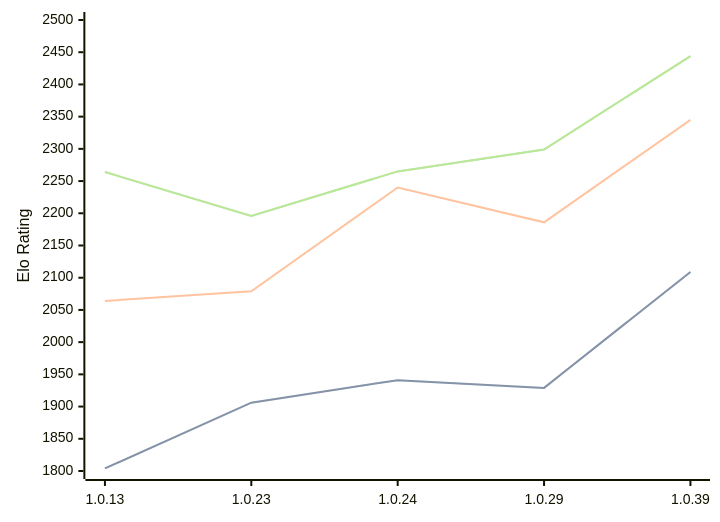
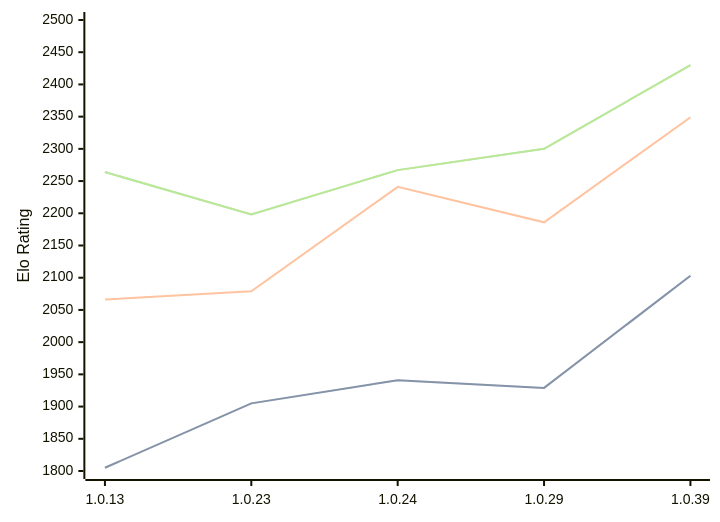
One commit to computer-chess-index/cci changed the diagram in engines/RustyRival.md. Above: the diagram before and after it, drawn with Mermaid. The commit also changed other lines of this file, not shown here.

Commit message:
Update CCI Ratings (ELO VLTC) - 2026-04-11

````diff
--- a/engines/RustyRival.md
+++ b/engines/RustyRival.md
@@ -66,11 +66,11 @@
 ```mermaid
 %%{init: {"theme":"base","themeVariables":{"seriesColors:['#a3a3a3','#222221','#faa371']}}}%%
 xychart-beta
   x-axis ["1.0.13", "1.0.23", "1.0.24", "1.0.29", "1.0.39"]
   y-axis "Elo Rating" 1800 --> 2500
-  line "STC (8.0+0.08s)" [1804, 1906, 1941, 1929, 2109]
-  line "STC (8.0+0.08s)" [1804, 1906, 1941, 1929, 2109]
-  line "LTC (60.0+0.60s)" [2064, 2079, 2240, 2186, 2345]
-  line "VLTC (2m24s+1.12s)" [2264, 2196, 2265, 2299, 2444]
-  line "VLTC (2m24s+1.12s)" [2264, 2196, 2265, 2299, 2444]
+  line "STC (8.0+0.08s)" [1805, 1905, 1941, 1929, 2103]
+  line "STC (8.0+0.08s)" [1805, 1905, 1941, 1929, 2103]
+  line "LTC (60.0+0.60s)" [2066, 2079, 2241, 2186, 2349]
+  line "VLTC (2m24s+1.12s)" [2264, 2198, 2267, 2300, 2430]
+  line "VLTC (2m24s+1.12s)" [2264, 2198, 2267, 2300, 2430]
 ```
````
